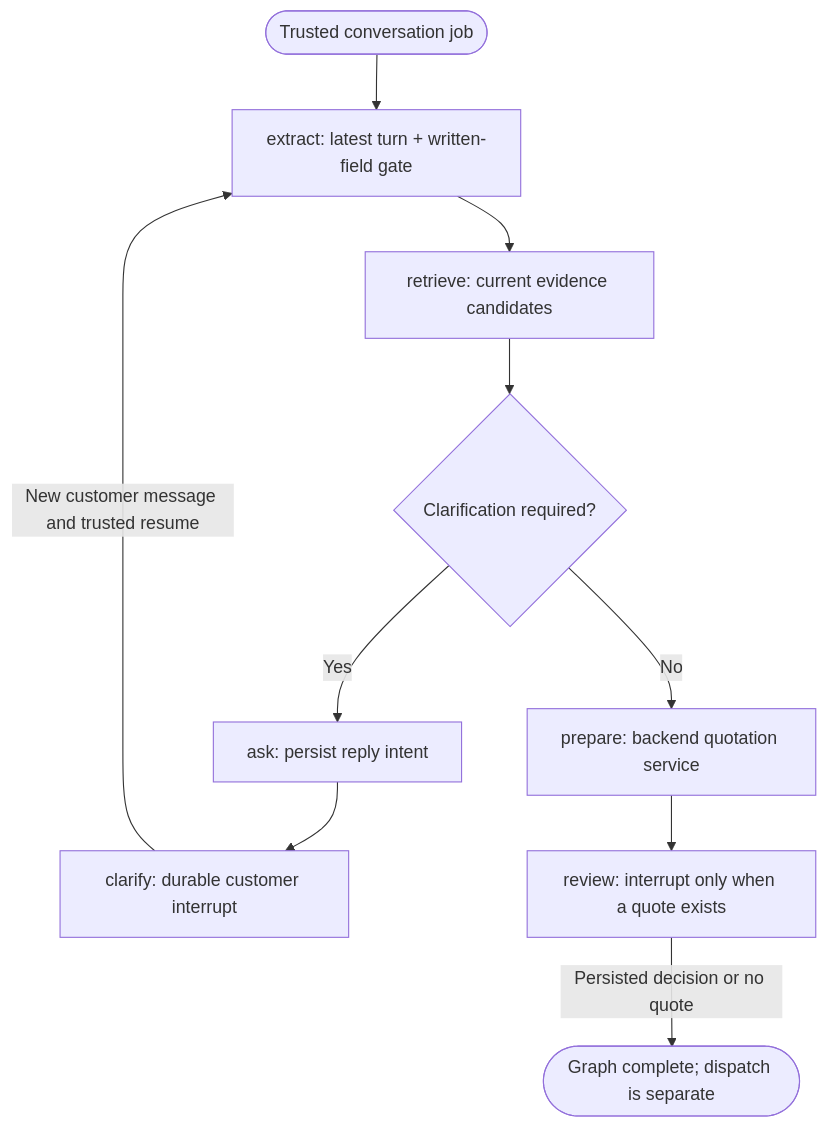
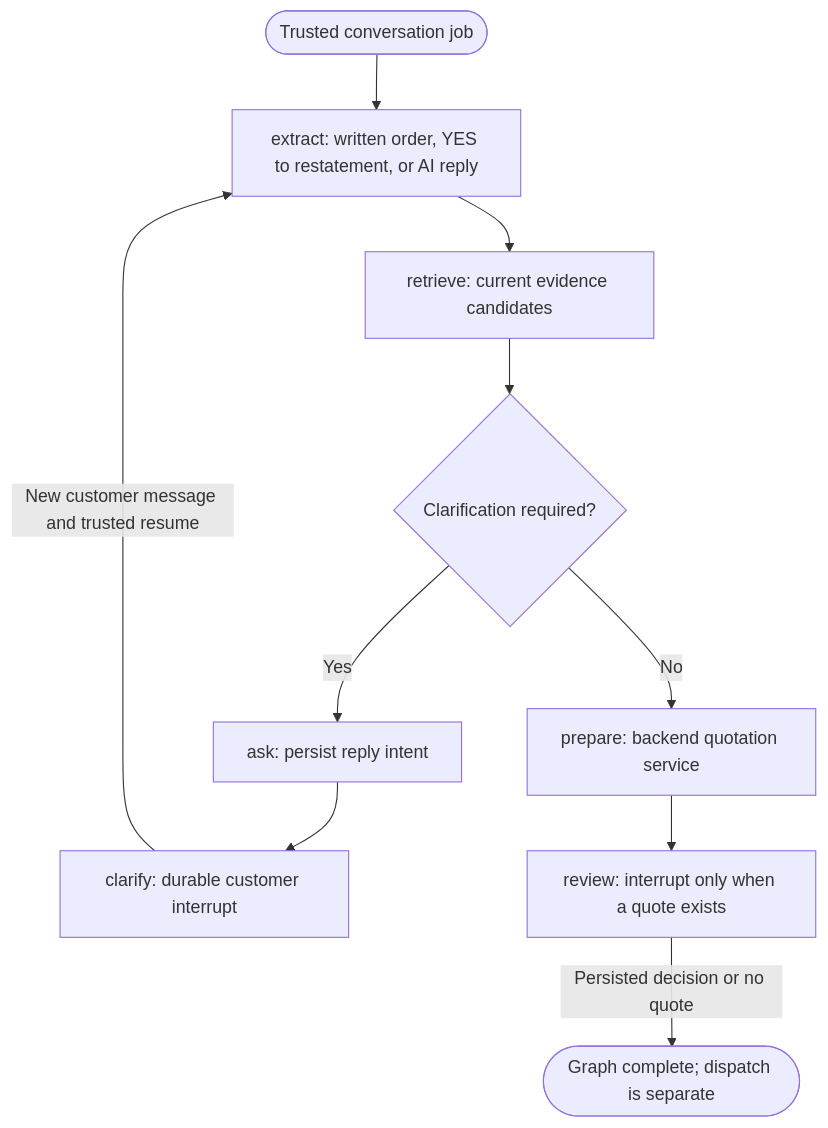
Before and after one commit to Nagdy8888/lumaquote: the diagram in docs/diagrams/agent-graph.mmd, drawn with Mermaid. The commit also changed 25 other files, not shown here.

First line of the commit message:
feat(agent): paid AI brain with code-held order consent (D46)

```diff
--- a/docs/diagrams/agent-graph.mmd
+++ b/docs/diagrams/agent-graph.mmd
@@ -1,12 +1,12 @@
 flowchart TD
   accTitle: Durable LumaQuote agent graph
-  accDescr: Extraction reads only the latest customer turn and independently checks a complete positive written order against model fields. Unconfirmed, negated or missing requirements create a durable clarification intent and customer interrupt. Confirmed explicit lines call the backend draft service and pause for a persisted staff decision when a quote exists. No graph node sends a message.
-  Start(["Trusted conversation job"]) --> Extract["extract: latest turn + written-field gate"]
+  accDescr: Extraction reads the latest customer turn. Without paid AI only a complete positive written order confirms. With paid AI the model reads the conversation and writes the reply, but only a deterministic YES to a code-built restatement, or a written order the model agrees with, confirms. Unconfirmed, negated or missing requirements create a durable clarification intent and customer interrupt. Confirmed explicit lines call the backend draft service and pause for a persisted staff decision when a quote exists. No graph node sends a message.
+  Start(["Trusted conversation job"]) --> Extract["extract: written order, YES to restatement, or AI reply"]
   Extract --> Retrieve["retrieve: current evidence candidates"]
   Retrieve --> Question{"Clarification required?"}
   Question -->|Yes| Ask["ask: persist reply intent"]
   Ask --> Clarify["clarify: durable customer interrupt"]
   Clarify -->|New customer message and trusted resume| Extract
   Question -->|No| Prepare["prepare: backend quotation service"]
   Prepare --> Review["review: interrupt only when a quote exists"]
   Review -->|Persisted decision or no quote| Done(["Graph complete; dispatch is separate"])
```
